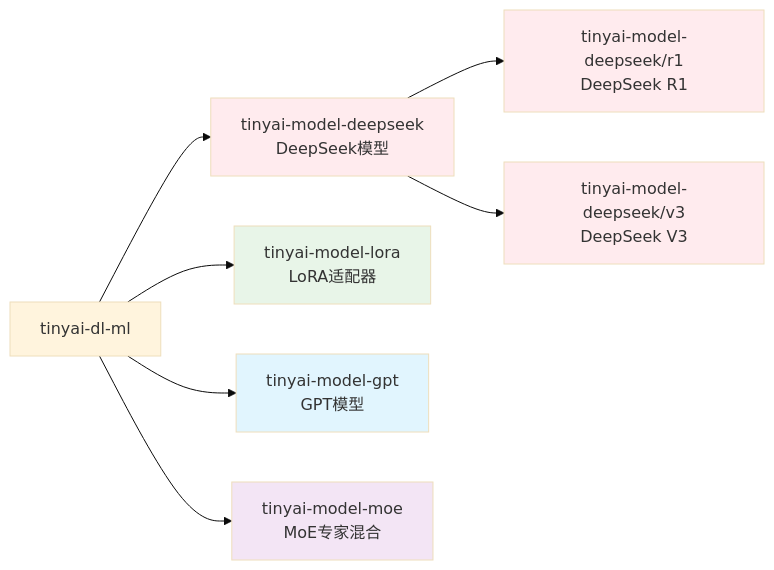
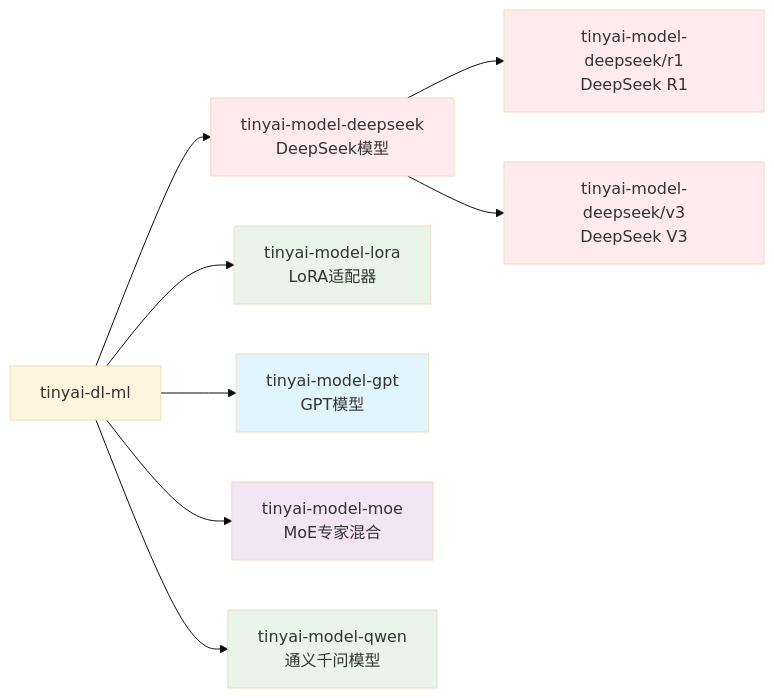
Before and after one commit to Leavesfly/TinyAI: the second of 6 diagrams in .qoder/repowiki/zh/content/技术架构/构建系统与模块化/模块化配置.md, drawn with Mermaid (base theme). The commit also changed other lines of this file and 40 other files, not shown here.

````diff
--- a/.qoder/repowiki/zh/content/技术架构/构建系统与模块化/模块化配置.md
+++ b/.qoder/repowiki/zh/content/技术架构/构建系统与模块化/模块化配置.md
@@ -175,15 +169,17 @@
 ```mermaid
 graph LR
 A[tinyai-dl-ml] --> B[tinyai-model-deepseek<br/>DeepSeek模型]
 A --> C[tinyai-model-lora<br/>LoRA适配器]
 A --> D[tinyai-model-gpt<br/>GPT模型]
 A --> E[tinyai-model-moe<br/>MoE专家混合]
-B --> F[tinyai-model-deepseek/r1<br/>DeepSeek R1]
-B --> G[tinyai-model-deepseek/v3<br/>DeepSeek V3]
+A --> F[tinyai-model-qwen<br/>通义千问模型]
+B --> G[tinyai-model-deepseek/r1<br/>DeepSeek R1]
+B --> H[tinyai-model-deepseek/v3<br/>DeepSeek V3]
 style B fill:#ffebee
 style C fill:#e8f5e8
 style D fill:#e1f5fe
 style E fill:#f3e5f5
-style F fill:#ffebee
+style F fill:#e8f5e8
 style G fill:#ffebee
+style H fill:#ffebee
 ```
````
